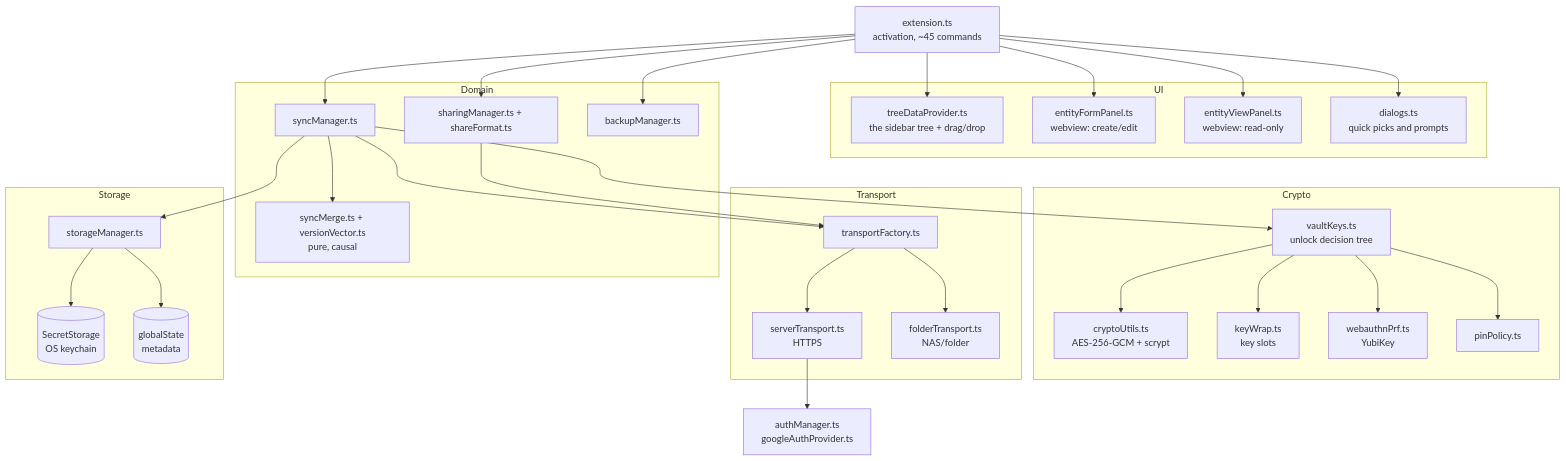
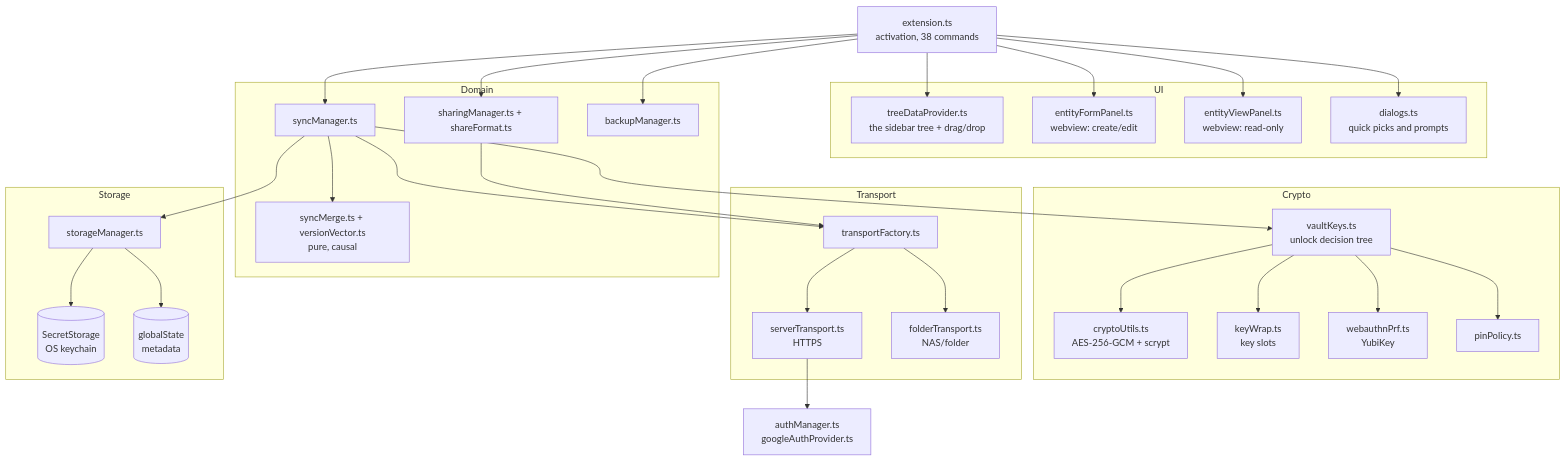
One commit to oleksandrdubyna88/dew_flow_creds_for_devs changed the first of 2 diagrams in research/module_extension.md. Above: the diagram before and after it, drawn with Mermaid. The commit also changed other lines of this file and 2 other files, not shown here.

First line of the commit message:
docs(research): audit the knowledge base against the code, and fix two broken diagrams

````diff
--- a/research/module_extension.md
+++ b/research/module_extension.md
@@ -14,50 +14,50 @@
 ```mermaid
 flowchart TD
     subgraph UI
         TREE[treeDataProvider.ts<br/>the sidebar tree + drag/drop]
         FORM[entityFormPanel.ts<br/>webview: create/edit]
         VIEW[entityViewPanel.ts<br/>webview: read-only]
         DLG[dialogs.ts<br/>quick picks and prompts]
     end
 
-    EXT[extension.ts<br/>activation, ~45 commands]
+    EXT[extension.ts<br/>activation, 38 commands]
 
     subgraph Domain
         SYNC[syncManager.ts]
         MERGE[syncMerge.ts + versionVector.ts<br/>pure, causal]
         SHARE[sharingManager.ts + shareFormat.ts]
         BACKUP[backupManager.ts]
     end
 
     subgraph Crypto
         CU[cryptoUtils.ts<br/>AES-256-GCM + scrypt]
         KW[keyWrap.ts<br/>key slots]
         VK[vaultKeys.ts<br/>unlock decision tree]
         PRF[webauthnPrf.ts<br/>YubiKey]
         PIN[pinPolicy.ts]
     end
 
     subgraph Transport
         TF[transportFactory.ts]
         ST[serverTransport.ts<br/>HTTPS]
         FT[folderTransport.ts<br/>NAS/folder]
     end
 
     subgraph Storage
         SM[storageManager.ts]
         SS[(SecretStorage<br/>OS keychain)]
         GS[(globalState<br/>metadata)]
     end
 
     AUTH[authManager.ts<br/>googleAuthProvider.ts]
 
     EXT --> TREE & FORM & VIEW & DLG
     EXT --> SYNC & SHARE & BACKUP
     SYNC --> MERGE & VK & TF
     SHARE --> TF
     TF --> ST & FT
     ST --> AUTH
     SYNC --> SM
     VK --> CU & KW & PRF & PIN
     SM --> SS & GS
 ```
````
